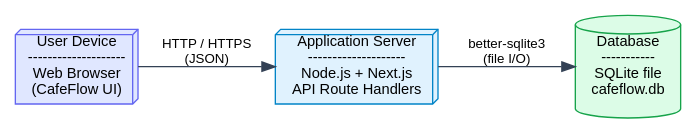
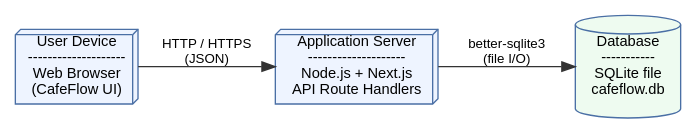
One commit to ululululu5656/finalproject changed the diagram in docs/submission/assets/diagrams/deployment.dot. Above: the diagram before and after it, drawn with Graphviz. The commit also changed 12 other files, not shown here.

First line of the commit message:
Adopt pocket-drs report format; rebuild ER as crow's-foot diagram

```diff
--- a/docs/submission/assets/diagrams/deployment.dot
+++ b/docs/submission/assets/diagrams/deployment.dot
@@ -1,16 +1,17 @@
 digraph Deployment {
   rankdir=LR;
-  graph [bgcolor=white, fontname="Helvetica", fontsize=13];
-  node  [fontname="Helvetica", fontsize=11];
-  edge  [fontname="Helvetica", fontsize=10, color="#334155"];
+  bgcolor=white;
+  graph [fontname="Helvetica", fontsize=13];
+  node  [fontname="Helvetica", fontsize=11, style=filled, fillcolor="#eef4ff", color="#4a6fa5"];
+  edge  [fontname="Helvetica", fontsize=10, color="#333333"];
 
-  device [shape=box3d, style=filled, fillcolor="#e0e7ff", color="#6366f1",
+  device [shape=box3d,
           label="User Device\n--------------------\nWeb Browser\n(CafeFlow UI)"];
-  server [shape=box3d, style=filled, fillcolor="#e0f2fe", color="#0284c7",
+  server [shape=box3d,
           label="Application Server\n--------------------\nNode.js + Next.js\nAPI Route Handlers"];
-  db     [shape=cylinder, style=filled, fillcolor="#dcfce7", color="#16a34a",
+  db     [shape=cylinder, fillcolor="#eefbf0",
           label="Database\n-----------\nSQLite file\ncafeflow.db"];
 
   device -> server [label="HTTP / HTTPS\n(JSON)"];
   server -> db [label="better-sqlite3\n(file I/O)"];
 }
```
